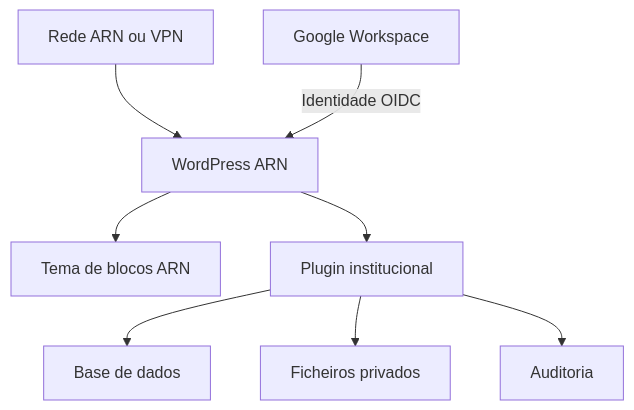
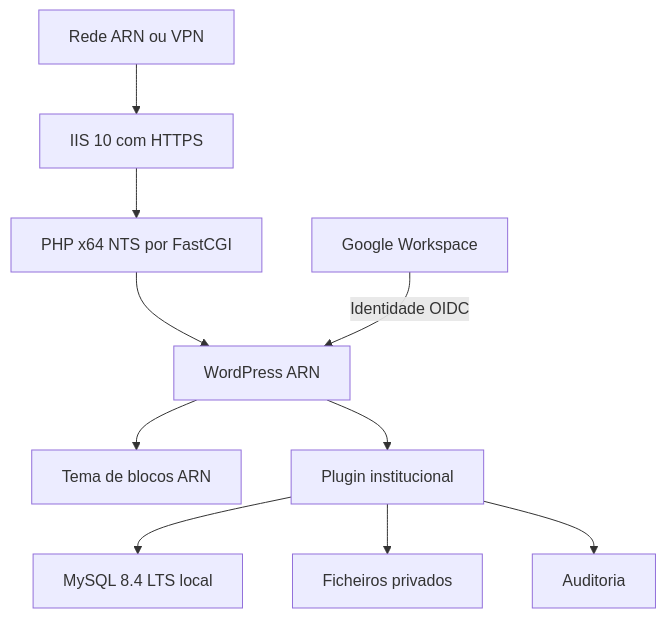
The first of 2 diagrams in README.md (atchutchi/plataforma-interna-arn), drawn with Mermaid before and after one commit. The commit also changed other lines of this file, not shown here.

Commit message:
docs: planear infraestrutura Windows, IIS e rede interna da ARN

```diff
--- a/README.md
+++ b/README.md
@@ -94,10 +99,12 @@
 ~~~mermaid
 flowchart TD
-    Rede["Rede ARN ou VPN"] --> Portal["WordPress ARN"]
+    Rede["Rede ARN ou VPN"] --> IIS["IIS 10 com HTTPS"]
+    IIS --> PHP["PHP x64 NTS por FastCGI"]
+    PHP --> Portal["WordPress ARN"]
     Google["Google Workspace"] -->|"Identidade OIDC"| Portal
     Portal --> Tema["Tema de blocos ARN"]
     Portal --> Core["Plugin institucional"]
-    Core --> Base["Base de dados"]
+    Core --> Base["MySQL 8.4 LTS local"]
     Core --> Arquivo["Ficheiros privados"]
     Core --> Logs["Auditoria"]
 ~~~
```
